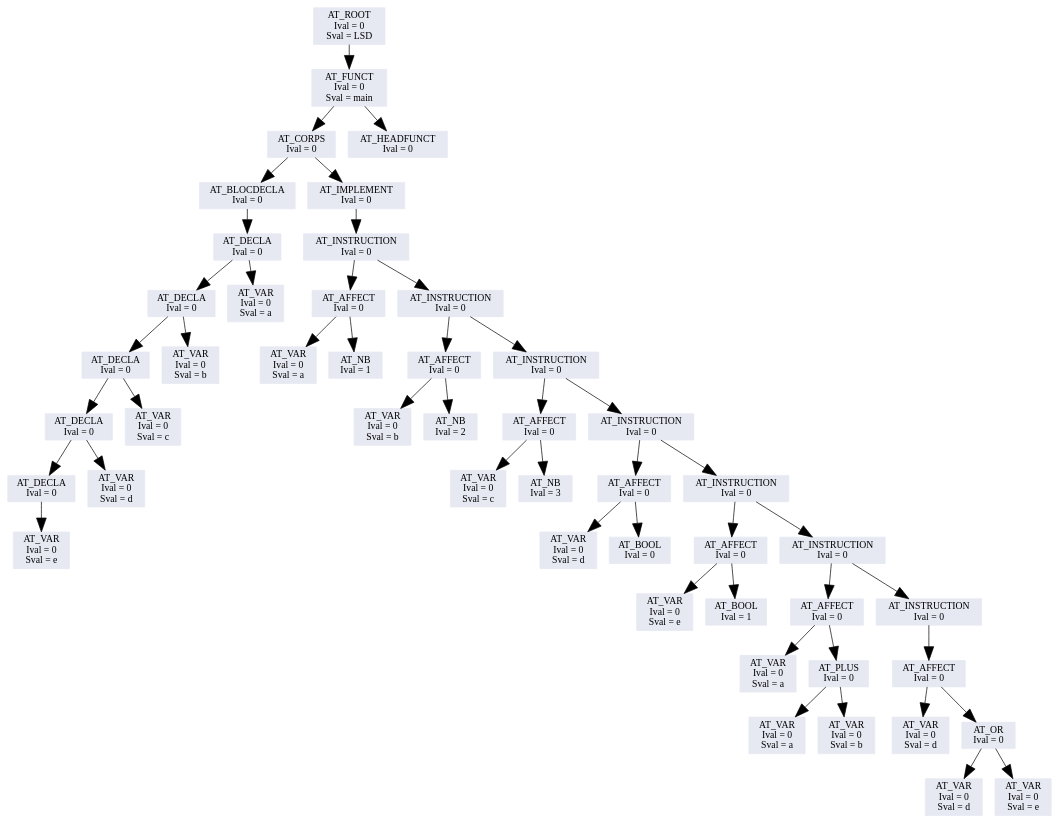
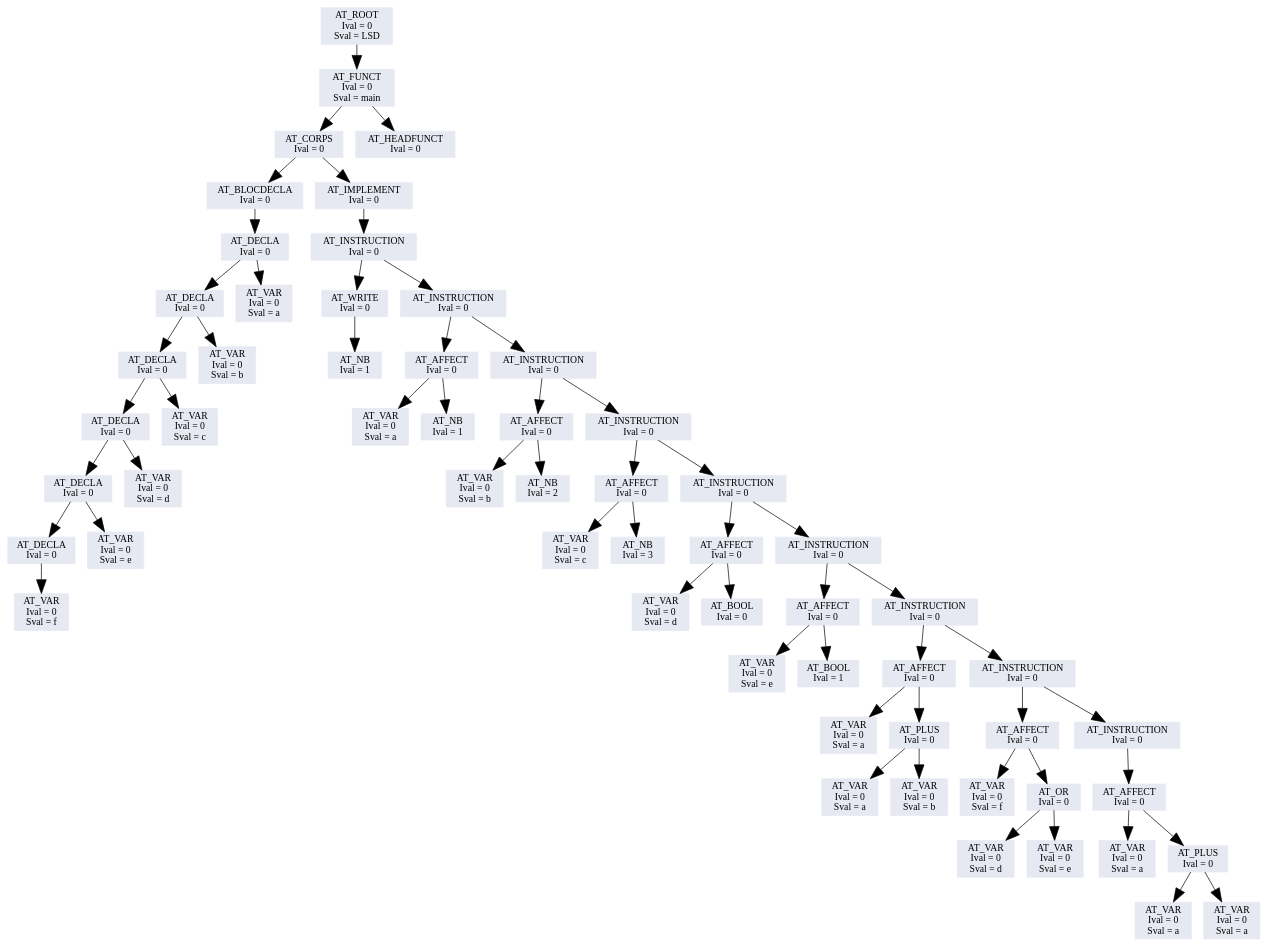
Before and after one commit to w0lf3011/13-lsd12: the diagram in lsd12/code/ArbreGraph.dot, drawn with Graphviz. The commit also changed 4 other files, not shown here.

```diff
--- a/lsd12/code/ArbreGraph.dot
+++ b/lsd12/code/ArbreGraph.dot
@@ -1,105 +1,127 @@
 //dot -Tjpg -oArbreGraph.jpg ArbreGraph.dot
 digraph LSD12{
 	bgcolor=white
 	node [color="#9DACBF", fontcolor="#000000", style=filled];
 	edge [arrowsize=2, color="#000000"];
 
 // A remplacer avec ce qu'il y a entre ";*** BEGIN printTreeGraphViz(..) +locations ***" et ";*** END printTreeGraphViz(..) +locations ***"
 
-"0x8ba9758";
-"0x8ba9758"[shape=box, color="#e6e8f2", fontcolor="#000000",label="AT_ROOT \n Ival = 0\n Sval = LSD"];
-"0x8ba9758" -> "0x8ba9738";
-"0x8ba9738"[shape=box, color="#e6e8f2", fontcolor="#000000",label="AT_FUNCT \n Ival = 0\n Sval = main"];
-"0x8ba9738" -> "0x8ba9718";
-"0x8ba9738" -> "0x8ba9078";
-"0x8ba9718"[shape=box, color="#e6e8f2", fontcolor="#000000",label="AT_CORPS \n Ival = 0"];
-"0x8ba9718" -> "0x8ba9228";
-"0x8ba9718" -> "0x8ba96f8";
-"0x8ba9228"[shape=box, color="#e6e8f2", fontcolor="#000000",label="AT_BLOCDECLA \n Ival = 0"];
-"0x8ba9228" -> "0x8ba9208";
-"0x8ba9208"[shape=box, color="#e6e8f2", fontcolor="#000000",label="AT_DECLA \n Ival = 0"];
-"0x8ba9208" -> "0x8ba91e8";
-"0x8ba9208" -> "0x8ba90a8";
-"0x8ba91e8"[shape=box, color="#e6e8f2", fontcolor="#000000",label="AT_DECLA \n Ival = 0"];
-"0x8ba91e8" -> "0x8ba91c8";
-"0x8ba91e8" -> "0x8ba90d8";
-"0x8ba91c8"[shape=box, color="#e6e8f2", fontcolor="#000000",label="AT_DECLA \n Ival = 0"];
-"0x8ba91c8" -> "0x8ba91a8";
-"0x8ba91c8" -> "0x8ba9108";
-"0x8ba91a8"[shape=box, color="#e6e8f2", fontcolor="#000000",label="AT_DECLA \n Ival = 0"];
-"0x8ba91a8" -> "0x8ba9188";
-"0x8ba91a8" -> "0x8ba9138";
-"0x8ba9188"[shape=box, color="#e6e8f2", fontcolor="#000000",label="AT_DECLA \n Ival = 0"];
-"0x8ba9188" -> "0x8ba9168";
-"0x8ba9168"[shape=box, color="#e6e8f2", fontcolor="#000000",label="AT_VAR \n Ival = 0\n Sval = e"];
-"0x8ba9138"[shape=box, color="#e6e8f2", fontcolor="#000000",label="AT_VAR \n Ival = 0\n Sval = d"];
-"0x8ba9108"[shape=box, color="#e6e8f2", fontcolor="#000000",label="AT_VAR \n Ival = 0\n Sval = c"];
-"0x8ba90d8"[shape=box, color="#e6e8f2", fontcolor="#000000",label="AT_VAR \n Ival = 0\n Sval = b"];
-"0x8ba90a8"[shape=box, color="#e6e8f2", fontcolor="#000000",label="AT_VAR \n Ival = 0\n Sval = a"];
-"0x8ba96f8"[shape=box, color="#e6e8f2", fontcolor="#000000",label="AT_IMPLEMENT \n Ival = 0"];
-"0x8ba96f8" -> "0x8ba96d8";
-"0x8ba96d8"[shape=box, color="#e6e8f2", fontcolor="#000000",label="AT_INSTRUCTION \n Ival = 0"];
-"0x8ba96d8" -> "0x8ba9298";
-"0x8ba96d8" -> "0x8ba96b8";
-"0x8ba9298"[shape=box, color="#e6e8f2", fontcolor="#000000",label="AT_AFFECT \n Ival = 0"];
-"0x8ba9298" -> "0x8ba9258";
-"0x8ba9298" -> "0x8ba9278";
-"0x8ba9258"[shape=box, color="#e6e8f2", fontcolor="#000000",label="AT_VAR \n Ival = 0\n Sval = a"];
-"0x8ba9278"[shape=box, color="#e6e8f2", fontcolor="#000000",label="AT_NB \n Ival = 1"];
-"0x8ba96b8"[shape=box, color="#e6e8f2", fontcolor="#000000",label="AT_INSTRUCTION \n Ival = 0"];
-"0x8ba96b8" -> "0x8ba9308";
-"0x8ba96b8" -> "0x8ba9698";
-"0x8ba9308"[shape=box, color="#e6e8f2", fontcolor="#000000",label="AT_AFFECT \n Ival = 0"];
-"0x8ba9308" -> "0x8ba92c8";
-"0x8ba9308" -> "0x8ba92e8";
-"0x8ba92c8"[shape=box, color="#e6e8f2", fontcolor="#000000",label="AT_VAR \n Ival = 0\n Sval = b"];
-"0x8ba92e8"[shape=box, color="#e6e8f2", fontcolor="#000000",label="AT_NB \n Ival = 2"];
-"0x8ba9698"[shape=box, color="#e6e8f2", fontcolor="#000000",label="AT_INSTRUCTION \n Ival = 0"];
-"0x8ba9698" -> "0x8ba9378";
-"0x8ba9698" -> "0x8ba9678";
-"0x8ba9378"[shape=box, color="#e6e8f2", fontcolor="#000000",label="AT_AFFECT \n Ival = 0"];
-"0x8ba9378" -> "0x8ba9338";
-"0x8ba9378" -> "0x8ba9358";
-"0x8ba9338"[shape=box, color="#e6e8f2", fontcolor="#000000",label="AT_VAR \n Ival = 0\n Sval = c"];
-"0x8ba9358"[shape=box, color="#e6e8f2", fontcolor="#000000",label="AT_NB \n Ival = 3"];
-"0x8ba9678"[shape=box, color="#e6e8f2", fontcolor="#000000",label="AT_INSTRUCTION \n Ival = 0"];
-"0x8ba9678" -> "0x8ba93e8";
-"0x8ba9678" -> "0x8ba9658";
-"0x8ba93e8"[shape=box, color="#e6e8f2", fontcolor="#000000",label="AT_AFFECT \n Ival = 0"];
-"0x8ba93e8" -> "0x8ba93a8";
-"0x8ba93e8" -> "0x8ba93c8";
-"0x8ba93a8"[shape=box, color="#e6e8f2", fontcolor="#000000",label="AT_VAR \n Ival = 0\n Sval = d"];
-"0x8ba93c8"[shape=box, color="#e6e8f2", fontcolor="#000000",label="AT_BOOL \n Ival = 0"];
-"0x8ba9658"[shape=box, color="#e6e8f2", fontcolor="#000000",label="AT_INSTRUCTION \n Ival = 0"];
-"0x8ba9658" -> "0x8ba9458";
-"0x8ba9658" -> "0x8ba9638";
-"0x8ba9458"[shape=box, color="#e6e8f2", fontcolor="#000000",label="AT_AFFECT \n Ival = 0"];
-"0x8ba9458" -> "0x8ba9418";
-"0x8ba9458" -> "0x8ba9438";
-"0x8ba9418"[shape=box, color="#e6e8f2", fontcolor="#000000",label="AT_VAR \n Ival = 0\n Sval = e"];
-"0x8ba9438"[shape=box, color="#e6e8f2", fontcolor="#000000",label="AT_BOOL \n Ival = 1"];
-"0x8ba9638"[shape=box, color="#e6e8f2", fontcolor="#000000",label="AT_INSTRUCTION \n Ival = 0"];
-"0x8ba9638" -> "0x8ba9528";
-"0x8ba9638" -> "0x8ba9618";
-"0x8ba9528"[shape=box, color="#e6e8f2", fontcolor="#000000",label="AT_AFFECT \n Ival = 0"];
-"0x8ba9528" -> "0x8ba9488";
-"0x8ba9528" -> "0x8ba9508";
-"0x8ba9488"[shape=box, color="#e6e8f2", fontcolor="#000000",label="AT_VAR \n Ival = 0\n Sval = a"];
-"0x8ba9508"[shape=box, color="#e6e8f2", fontcolor="#000000",label="AT_PLUS \n Ival = 0"];
-"0x8ba9508" -> "0x8ba94b8";
-"0x8ba9508" -> "0x8ba94e8";
-"0x8ba94b8"[shape=box, color="#e6e8f2", fontcolor="#000000",label="AT_VAR \n Ival = 0\n Sval = a"];
-"0x8ba94e8"[shape=box, color="#e6e8f2", fontcolor="#000000",label="AT_VAR \n Ival = 0\n Sval = b"];
-"0x8ba9618"[shape=box, color="#e6e8f2", fontcolor="#000000",label="AT_INSTRUCTION \n Ival = 0"];
-"0x8ba9618" -> "0x8ba95f8";
-"0x8ba95f8"[shape=box, color="#e6e8f2", fontcolor="#000000",label="AT_AFFECT \n Ival = 0"];
-"0x8ba95f8" -> "0x8ba9558";
-"0x8ba95f8" -> "0x8ba95d8";
-"0x8ba9558"[shape=box, color="#e6e8f2", fontcolor="#000000",label="AT_VAR \n Ival = 0\n Sval = d"];
-"0x8ba95d8"[shape=box, color="#e6e8f2", fontcolor="#000000",label="AT_OR \n Ival = 0"];
-"0x8ba95d8" -> "0x8ba9588";
-"0x8ba95d8" -> "0x8ba95b8";
-"0x8ba9588"[shape=box, color="#e6e8f2", fontcolor="#000000",label="AT_VAR \n Ival = 0\n Sval = d"];
-"0x8ba95b8"[shape=box, color="#e6e8f2", fontcolor="#000000",label="AT_VAR \n Ival = 0\n Sval = e"];
-"0x8ba9078"[shape=box, color="#e6e8f2", fontcolor="#000000",label="AT_HEADFUNCT \n Ival = 0"];
+"0x976a8f8";
+"0x976a8f8"[shape=box, color="#e6e8f2", fontcolor="#000000",label="AT_ROOT \n Ival = 0\n Sval = LSD"];
+"0x976a8f8" -> "0x976a8d8";
+"0x976a8d8"[shape=box, color="#e6e8f2", fontcolor="#000000",label="AT_FUNCT \n Ival = 0\n Sval = main"];
+"0x976a8d8" -> "0x976a8b8";
+"0x976a8d8" -> "0x976a078";
+"0x976a8b8"[shape=box, color="#e6e8f2", fontcolor="#000000",label="AT_CORPS \n Ival = 0"];
+"0x976a8b8" -> "0x976a278";
+"0x976a8b8" -> "0x976a898";
+"0x976a278"[shape=box, color="#e6e8f2", fontcolor="#000000",label="AT_BLOCDECLA \n Ival = 0"];
+"0x976a278" -> "0x976a258";
+"0x976a258"[shape=box, color="#e6e8f2", fontcolor="#000000",label="AT_DECLA \n Ival = 0"];
+"0x976a258" -> "0x976a238";
+"0x976a258" -> "0x976a0a8";
+"0x976a238"[shape=box, color="#e6e8f2", fontcolor="#000000",label="AT_DECLA \n Ival = 0"];
+"0x976a238" -> "0x976a218";
+"0x976a238" -> "0x976a0d8";
+"0x976a218"[shape=box, color="#e6e8f2", fontcolor="#000000",label="AT_DECLA \n Ival = 0"];
+"0x976a218" -> "0x976a1f8";
+"0x976a218" -> "0x976a108";
+"0x976a1f8"[shape=box, color="#e6e8f2", fontcolor="#000000",label="AT_DECLA \n Ival = 0"];
+"0x976a1f8" -> "0x976a1d8";
+"0x976a1f8" -> "0x976a138";
+"0x976a1d8"[shape=box, color="#e6e8f2", fontcolor="#000000",label="AT_DECLA \n Ival = 0"];
+"0x976a1d8" -> "0x976a1b8";
+"0x976a1d8" -> "0x976a168";
+"0x976a1b8"[shape=box, color="#e6e8f2", fontcolor="#000000",label="AT_DECLA \n Ival = 0"];
+"0x976a1b8" -> "0x976a198";
+"0x976a198"[shape=box, color="#e6e8f2", fontcolor="#000000",label="AT_VAR \n Ival = 0\n Sval = f"];
+"0x976a168"[shape=box, color="#e6e8f2", fontcolor="#000000",label="AT_VAR \n Ival = 0\n Sval = e"];
+"0x976a138"[shape=box, color="#e6e8f2", fontcolor="#000000",label="AT_VAR \n Ival = 0\n Sval = d"];
+"0x976a108"[shape=box, color="#e6e8f2", fontcolor="#000000",label="AT_VAR \n Ival = 0\n Sval = c"];
+"0x976a0d8"[shape=box, color="#e6e8f2", fontcolor="#000000",label="AT_VAR \n Ival = 0\n Sval = b"];
+"0x976a0a8"[shape=box, color="#e6e8f2", fontcolor="#000000",label="AT_VAR \n Ival = 0\n Sval = a"];
+"0x976a898"[shape=box, color="#e6e8f2", fontcolor="#000000",label="AT_IMPLEMENT \n Ival = 0"];
+"0x976a898" -> "0x976a878";
+"0x976a878"[shape=box, color="#e6e8f2", fontcolor="#000000",label="AT_INSTRUCTION \n Ival = 0"];
+"0x976a878" -> "0x976a2b8";
+"0x976a878" -> "0x976a858";
+"0x976a2b8"[shape=box, color="#e6e8f2", fontcolor="#000000",label="AT_WRITE \n Ival = 0"];
+"0x976a2b8" -> "0x976a298";
+"0x976a298"[shape=box, color="#e6e8f2", fontcolor="#000000",label="AT_NB \n Ival = 1"];
+"0x976a858"[shape=box, color="#e6e8f2", fontcolor="#000000",label="AT_INSTRUCTION \n Ival = 0"];
+"0x976a858" -> "0x976a328";
+"0x976a858" -> "0x976a838";
+"0x976a328"[shape=box, color="#e6e8f2", fontcolor="#000000",label="AT_AFFECT \n Ival = 0"];
+"0x976a328" -> "0x976a2e8";
+"0x976a328" -> "0x976a308";
+"0x976a2e8"[shape=box, color="#e6e8f2", fontcolor="#000000",label="AT_VAR \n Ival = 0\n Sval = a"];
+"0x976a308"[shape=box, color="#e6e8f2", fontcolor="#000000",label="AT_NB \n Ival = 1"];
+"0x976a838"[shape=box, color="#e6e8f2", fontcolor="#000000",label="AT_INSTRUCTION \n Ival = 0"];
+"0x976a838" -> "0x976a398";
+"0x976a838" -> "0x976a818";
+"0x976a398"[shape=box, color="#e6e8f2", fontcolor="#000000",label="AT_AFFECT \n Ival = 0"];
+"0x976a398" -> "0x976a358";
+"0x976a398" -> "0x976a378";
+"0x976a358"[shape=box, color="#e6e8f2", fontcolor="#000000",label="AT_VAR \n Ival = 0\n Sval = b"];
+"0x976a378"[shape=box, color="#e6e8f2", fontcolor="#000000",label="AT_NB \n Ival = 2"];
+"0x976a818"[shape=box, color="#e6e8f2", fontcolor="#000000",label="AT_INSTRUCTION \n Ival = 0"];
+"0x976a818" -> "0x976a408";
+"0x976a818" -> "0x976a7f8";
+"0x976a408"[shape=box, color="#e6e8f2", fontcolor="#000000",label="AT_AFFECT \n Ival = 0"];
+"0x976a408" -> "0x976a3c8";
+"0x976a408" -> "0x976a3e8";
+"0x976a3c8"[shape=box, color="#e6e8f2", fontcolor="#000000",label="AT_VAR \n Ival = 0\n Sval = c"];
+"0x976a3e8"[shape=box, color="#e6e8f2", fontcolor="#000000",label="AT_NB \n Ival = 3"];
+"0x976a7f8"[shape=box, color="#e6e8f2", fontcolor="#000000",label="AT_INSTRUCTION \n Ival = 0"];
+"0x976a7f8" -> "0x976a478";
+"0x976a7f8" -> "0x976a7d8";
+"0x976a478"[shape=box, color="#e6e8f2", fontcolor="#000000",label="AT_AFFECT \n Ival = 0"];
+"0x976a478" -> "0x976a438";
+"0x976a478" -> "0x976a458";
+"0x976a438"[shape=box, color="#e6e8f2", fontcolor="#000000",label="AT_VAR \n Ival = 0\n Sval = d"];
+"0x976a458"[shape=box, color="#e6e8f2", fontcolor="#000000",label="AT_BOOL \n Ival = 0"];
+"0x976a7d8"[shape=box, color="#e6e8f2", fontcolor="#000000",label="AT_INSTRUCTION \n Ival = 0"];
+"0x976a7d8" -> "0x976a4e8";
+"0x976a7d8" -> "0x976a7b8";
+"0x976a4e8"[shape=box, color="#e6e8f2", fontcolor="#000000",label="AT_AFFECT \n Ival = 0"];
+"0x976a4e8" -> "0x976a4a8";
+"0x976a4e8" -> "0x976a4c8";
+"0x976a4a8"[shape=box, color="#e6e8f2", fontcolor="#000000",label="AT_VAR \n Ival = 0\n Sval = e"];
+"0x976a4c8"[shape=box, color="#e6e8f2", fontcolor="#000000",label="AT_BOOL \n Ival = 1"];
+"0x976a7b8"[shape=box, color="#e6e8f2", fontcolor="#000000",label="AT_INSTRUCTION \n Ival = 0"];
+"0x976a7b8" -> "0x976a5b8";
+"0x976a7b8" -> "0x976a798";
+"0x976a5b8"[shape=box, color="#e6e8f2", fontcolor="#000000",label="AT_AFFECT \n Ival = 0"];
+"0x976a5b8" -> "0x976a518";
+"0x976a5b8" -> "0x976a598";
+"0x976a518"[shape=box, color="#e6e8f2", fontcolor="#000000",label="AT_VAR \n Ival = 0\n Sval = a"];
+"0x976a598"[shape=box, color="#e6e8f2", fontcolor="#000000",label="AT_PLUS \n Ival = 0"];
+"0x976a598" -> "0x976a548";
+"0x976a598" -> "0x976a578";
+"0x976a548"[shape=box, color="#e6e8f2", fontcolor="#000000",label="AT_VAR \n Ival = 0\n Sval = a"];
+"0x976a578"[shape=box, color="#e6e8f2", fontcolor="#000000",label="AT_VAR \n Ival = 0\n Sval = b"];
+"0x976a798"[shape=box, color="#e6e8f2", fontcolor="#000000",label="AT_INSTRUCTION \n Ival = 0"];
+"0x976a798" -> "0x976a688";
+"0x976a798" -> "0x976a778";
+"0x976a688"[shape=box, color="#e6e8f2", fontcolor="#000000",label="AT_AFFECT \n Ival = 0"];
+"0x976a688" -> "0x976a5e8";
+"0x976a688" -> "0x976a668";
+"0x976a5e8"[shape=box, color="#e6e8f2", fontcolor="#000000",label="AT_VAR \n Ival = 0\n Sval = f"];
+"0x976a668"[shape=box, color="#e6e8f2", fontcolor="#000000",label="AT_OR \n Ival = 0"];
+"0x976a668" -> "0x976a618";
+"0x976a668" -> "0x976a648";
+"0x976a618"[shape=box, color="#e6e8f2", fontcolor="#000000",label="AT_VAR \n Ival = 0\n Sval = d"];
+"0x976a648"[shape=box, color="#e6e8f2", fontcolor="#000000",label="AT_VAR \n Ival = 0\n Sval = e"];
+"0x976a778"[shape=box, color="#e6e8f2", fontcolor="#000000",label="AT_INSTRUCTION \n Ival = 0"];
+"0x976a778" -> "0x976a758";
+"0x976a758"[shape=box, color="#e6e8f2", fontcolor="#000000",label="AT_AFFECT \n Ival = 0"];
+"0x976a758" -> "0x976a6b8";
+"0x976a758" -> "0x976a738";
+"0x976a6b8"[shape=box, color="#e6e8f2", fontcolor="#000000",label="AT_VAR \n Ival = 0\n Sval = a"];
+"0x976a738"[shape=box, color="#e6e8f2", fontcolor="#000000",label="AT_PLUS \n Ival = 0"];
+"0x976a738" -> "0x976a6e8";
+"0x976a738" -> "0x976a718";
+"0x976a6e8"[shape=box, color="#e6e8f2", fontcolor="#000000",label="AT_VAR \n Ival = 0\n Sval = a"];
+"0x976a718"[shape=box, color="#e6e8f2", fontcolor="#000000",label="AT_VAR \n Ival = 0\n Sval = a"];
+"0x976a078"[shape=box, color="#e6e8f2", fontcolor="#000000",label="AT_HEADFUNCT \n Ival = 0"];
 }
```
